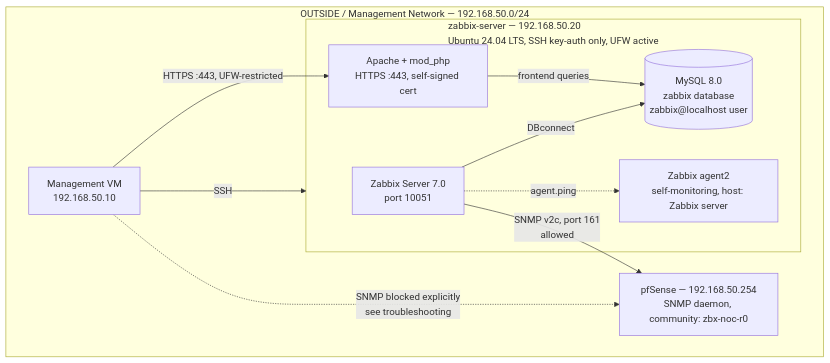
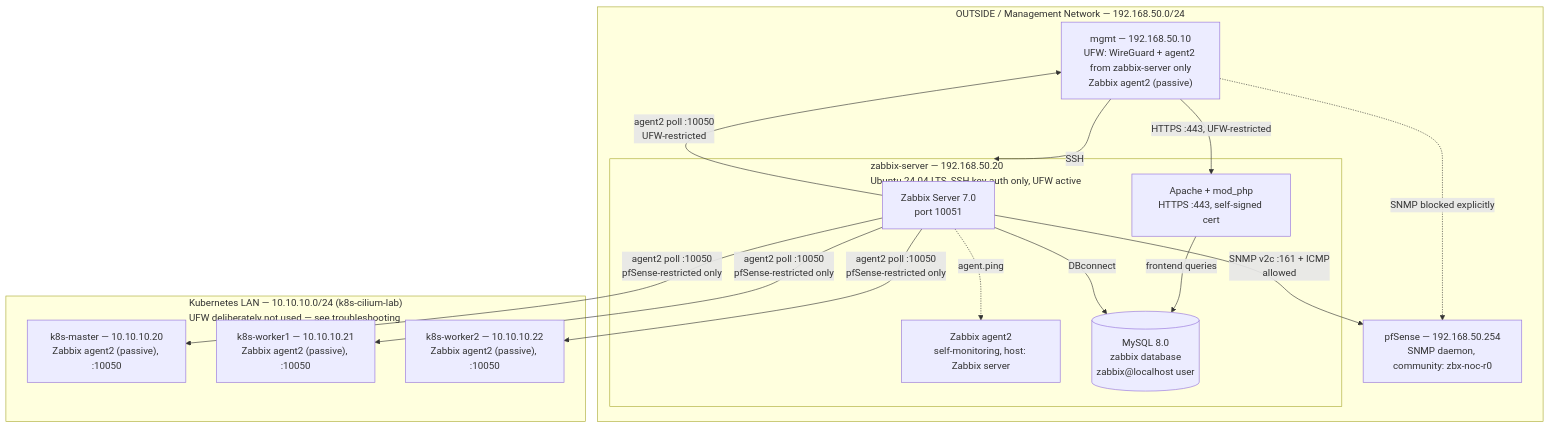
One commit to paknaoo/zabbix-noc-lab changed the diagram in docs/architecture.md. Above: the diagram before and after it, drawn with Mermaid. The commit also changed other lines of this file and 4 other files, not shown here.

Commit message:
Document Phase 05: Zabbix agent2 deployment and UFW risk assessment

````diff
--- a/docs/architecture.md
+++ b/docs/architecture.md
@@ -22,22 +22,32 @@
 ```mermaid
 flowchart TD
 
     subgraph OUTSIDE["OUTSIDE / Management Network — 192.168.50.0/24"]
-        MGMT[Management VM<br/>192.168.50.10]
+        MGMT["mgmt — 192.168.50.10<br/>UFW: WireGuard + agent2 from zabbix-server only<br/>Zabbix agent2 (passive)"]
         subgraph ZBXHOST["zabbix-server — 192.168.50.20<br/>Ubuntu 24.04 LTS, SSH key-auth only, UFW active"]
             ZBXSRV[Zabbix Server 7.0<br/>port 10051]
             AGENT[Zabbix agent2<br/>self-monitoring, host: Zabbix server]
             APACHE["Apache + mod_php<br/>HTTPS :443, self-signed cert"]
             MYSQL[("MySQL 8.0<br/>zabbix database<br/>zabbix@localhost user")]
             APACHE -->|frontend queries| MYSQL
             ZBXSRV -->|DBconnect| MYSQL
             ZBXSRV -.->|agent.ping| AGENT
         end
         PFSENSE["pfSense — 192.168.50.254<br/>SNMP daemon, community: zbx-noc-r0"]
-        ZBXSRV -->|SNMP v2c, port 161<br/>allowed| PFSENSE
-        MGMT -.->|SNMP blocked explicitly<br/>see troubleshooting| PFSENSE
+        ZBXSRV -->|SNMP v2c :161 + ICMP<br/>allowed| PFSENSE
+        MGMT -.->|SNMP blocked explicitly| PFSENSE
+    end
+
+    subgraph K8S["Kubernetes LAN — 10.10.10.0/24 (k8s-cilium-lab)<br/>UFW deliberately not used — see troubleshooting"]
+        K8SMASTER["k8s-master — 10.10.10.20<br/>Zabbix agent2 (passive), :10050"]
+        K8SW1["k8s-worker1 — 10.10.10.21<br/>Zabbix agent2 (passive), :10050"]
+        K8SW2["k8s-worker2 — 10.10.10.22<br/>Zabbix agent2 (passive), :10050"]
     end
 
     MGMT -->|HTTPS :443, UFW-restricted| APACHE
     MGMT -->|SSH| ZBXHOST
+    ZBXSRV -->|agent2 poll :10050<br/>pfSense-restricted only| K8SMASTER
+    ZBXSRV -->|agent2 poll :10050<br/>pfSense-restricted only| K8SW1
+    ZBXSRV -->|agent2 poll :10050<br/>pfSense-restricted only| K8SW2
+    ZBXSRV -->|agent2 poll :10050<br/>UFW-restricted| MGMT
 ```
````
